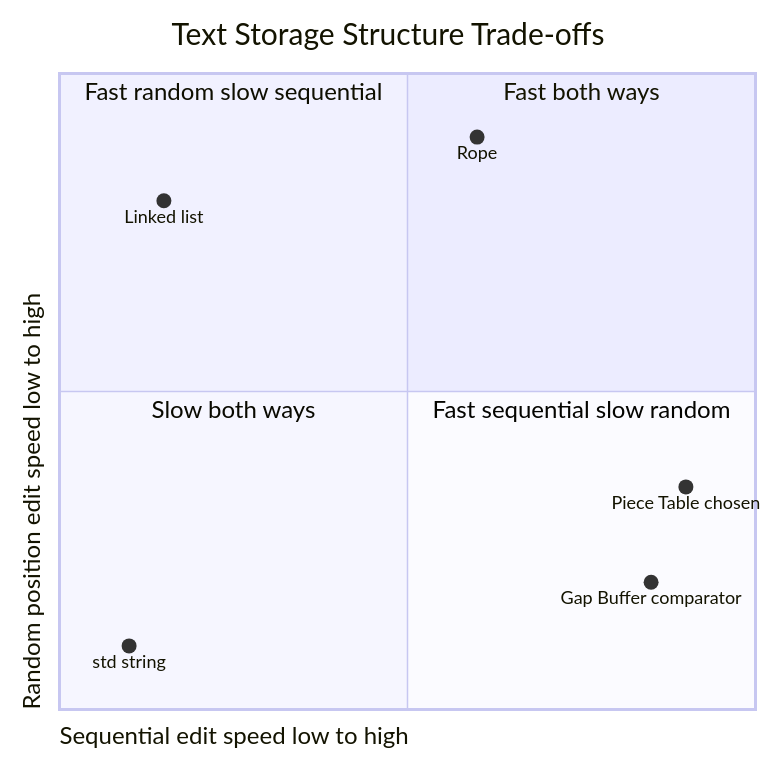
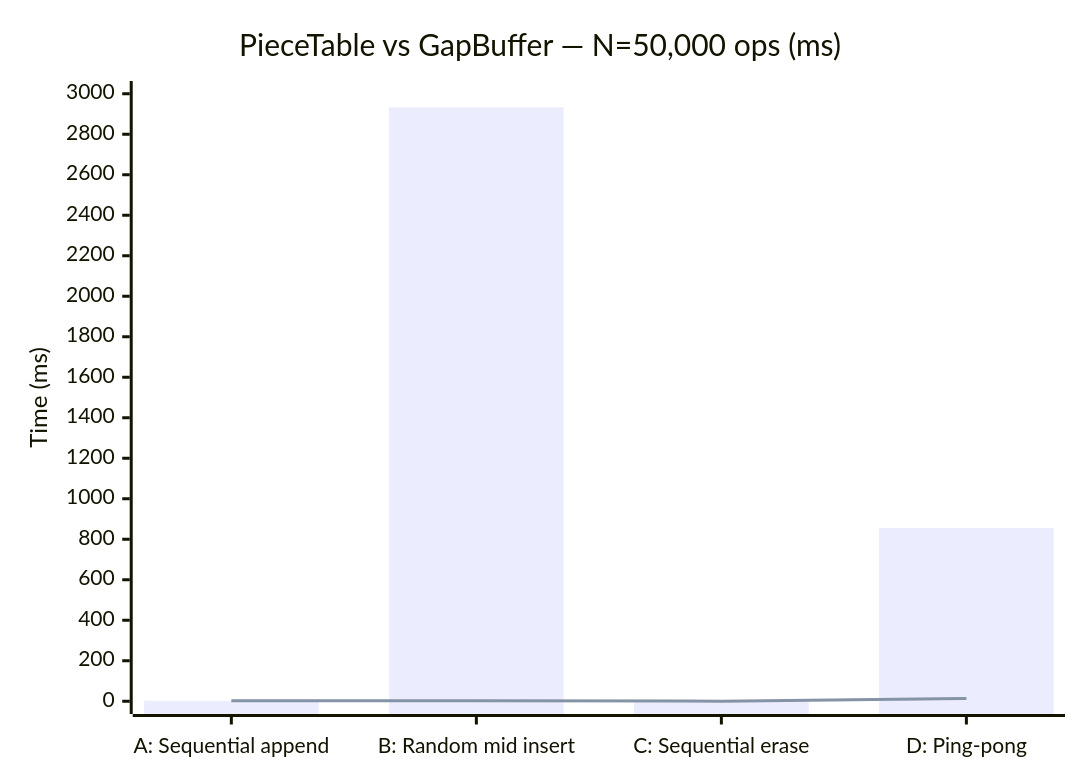
Before and after one commit to PRADEEPERIYASAMY/piecetable-editor: the tenth of 10 diagrams in README.md, drawn with Mermaid. The commit also changed other lines of this file, not shown here.

Commit message:
docs: Trim to 10 essential diagrams with color theming

````diff
--- a/README.md
+++ b/README.md
@@ -1565,15 +1323,9 @@
 ```mermaid
-quadrantChart
-    title Text Storage Structure Trade-offs
-    x-axis Sequential edit speed low to high
-    y-axis Random position edit speed low to high
-    quadrant-1 Fast both ways
-    quadrant-2 Fast random slow sequential
-    quadrant-3 Slow both ways
-    quadrant-4 Fast sequential slow random
-    std string: [0.10, 0.10]
-    Linked list: [0.15, 0.80]
-    Piece Table chosen: [0.90, 0.35]
-    Gap Buffer comparator: [0.85, 0.20]
-    Rope: [0.60, 0.90]
+%%{init: {'theme': 'default'}}%%
+xychart-beta
+    title "PieceTable vs GapBuffer — N=50,000 ops (ms)"
+    x-axis ["A: Sequential append", "B: Random mid insert", "C: Sequential erase", "D: Ping-pong"]
+    y-axis "Time (ms)" 0 --> 3000
+    bar [2.38, 2933, 2.56, 856]
+    line [2.78, 2.75, 0.33, 13.84]
 ```
````
